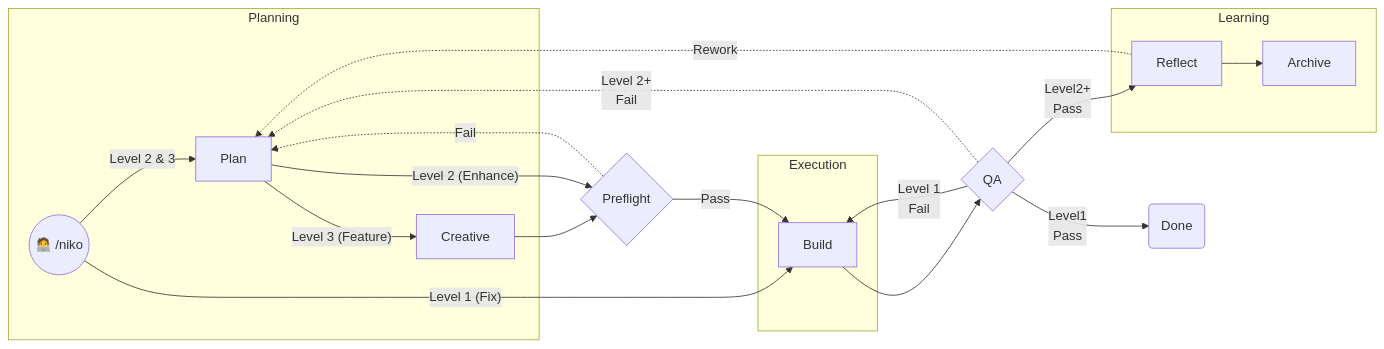
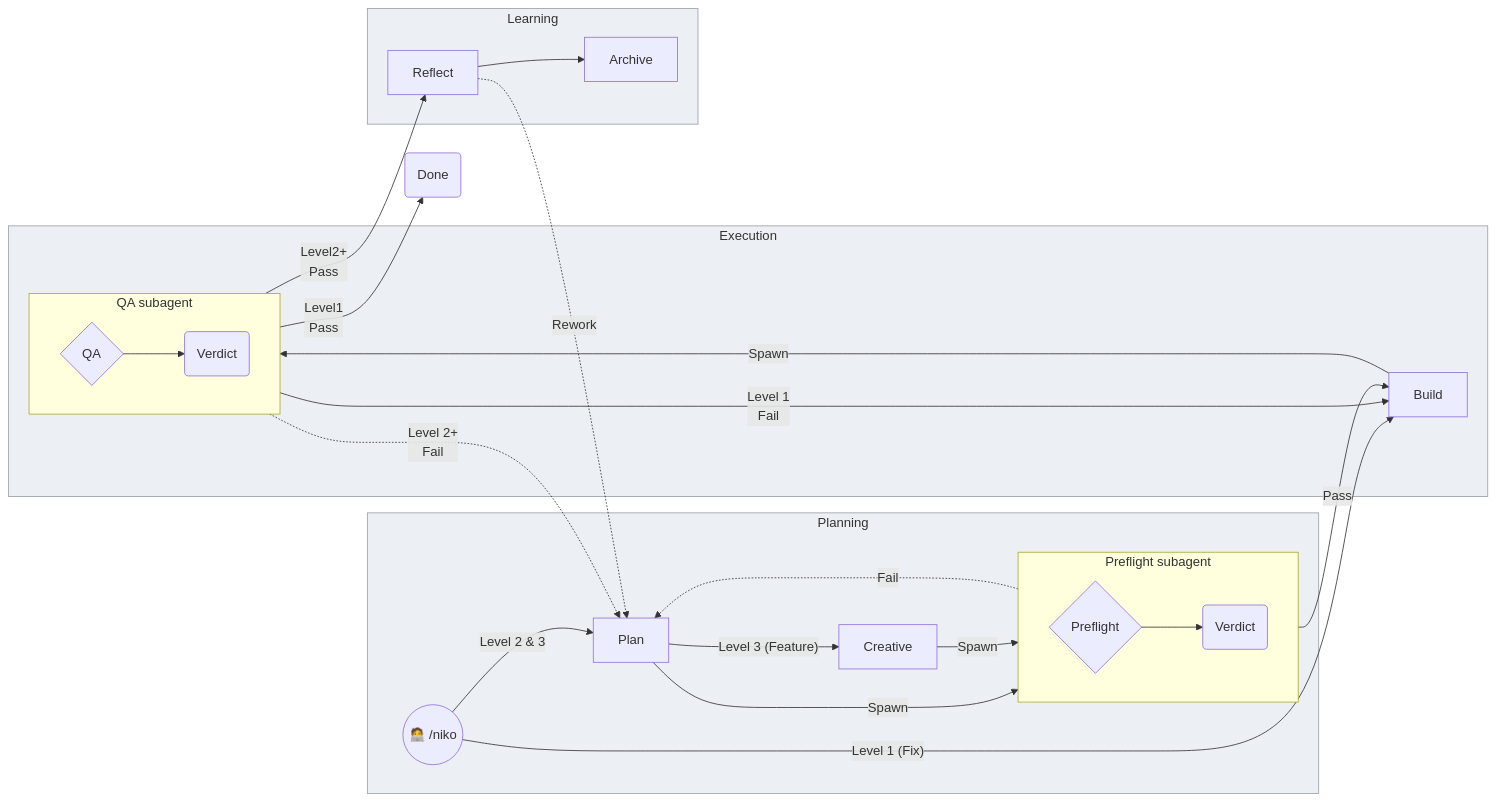
One commit to Texarkanine/.cursor-rules changed the second of 6 diagrams in rulesets/niko/README.md. Above: the diagram before and after it, drawn with Mermaid. The commit also changed other lines of this file and 12 other files, not shown here.

````diff
--- a/rulesets/niko/README.md
+++ b/rulesets/niko/README.md
@@ -85,45 +93,45 @@
 ```mermaid
 flowchart LR
-
-	%% Nodes
 	Niko(("🧑‍💻 /niko"))
-	Plan["Plan"]
-	Creative["Creative"]
-	Preflight{"Preflight"}
-	QA{"QA"}
 	Archive["Archive"]
 
-	%% Paths
 	subgraph Planning
-        Niko -- "Level 2 & 3" --> Plan
-
-        Plan -- "Level 3 (Feature)" --> Creative
-
-        
+		Plan["Plan"]
+		Creative["Creative"]
+		Niko -- "Level 2 & 3" --> Plan
+		Plan -- "Level 3 (Feature)" --> Creative
+		Plan --Spawn--> PF
+		Creative --Spawn--> PF
+		subgraph PFSA["Preflight subagent"]
+			direction LR
+			PF{"Preflight"} --> PFV("Verdict")
+		end
+		PFV -.->|"Fail"| Plan
 	end
 
-    Creative --> Preflight
-    Niko -- "Level 1 (Fix)" --> Build
-    Plan -- "Level 2 (Enhance)" --> Preflight
-
-	Preflight -->|"Pass"| Build
-    Preflight -.->|"Fail"| Plan
+	Niko -- "Level 1 (Fix)" --> Build
+	PFV -->|"Pass"| Build
 
 	subgraph Execution
-        Build["Build"]
+		Build["Build"]
+		Build --Spawn--> QA
+		subgraph QASA["QA subagent"]
+			direction LR
+			QA{"QA"} --> QAV("Verdict")
+		end
 	end
 
-    Build --> QA
-    
-	QA -->|"Level 1<br>Fail"| Build
-    QA -.->|"Level 2+<br>Fail"| Plan
-	QA -->|"Level1<br>Pass"| Done("Done")
-    QA -->|"Level2+<br>Pass"| Reflect
-	
+	QAV -->|"Level 1<br>Fail"| Build
+	QAV -.->|"Level 2+<br>Fail"| Plan
+	QAV -->|"Level1<br>Pass"| Done("Done")
+	QAV -->|"Level2+<br>Pass"| Reflect
+
 	subgraph Learning
-        Reflect["Reflect"]
-        Reflect -.->|"Rework"| Plan
+		Reflect["Reflect"]
+		Reflect -.->|"Rework"| Plan
+		Reflect --> Archive
+	end
 
-        Reflect --> Archive
-	end
+	classDef ideology fill:#eceff4,stroke:#9aa0a6,color:#333
+	class Planning,Execution,Learning ideology
 ```
````
